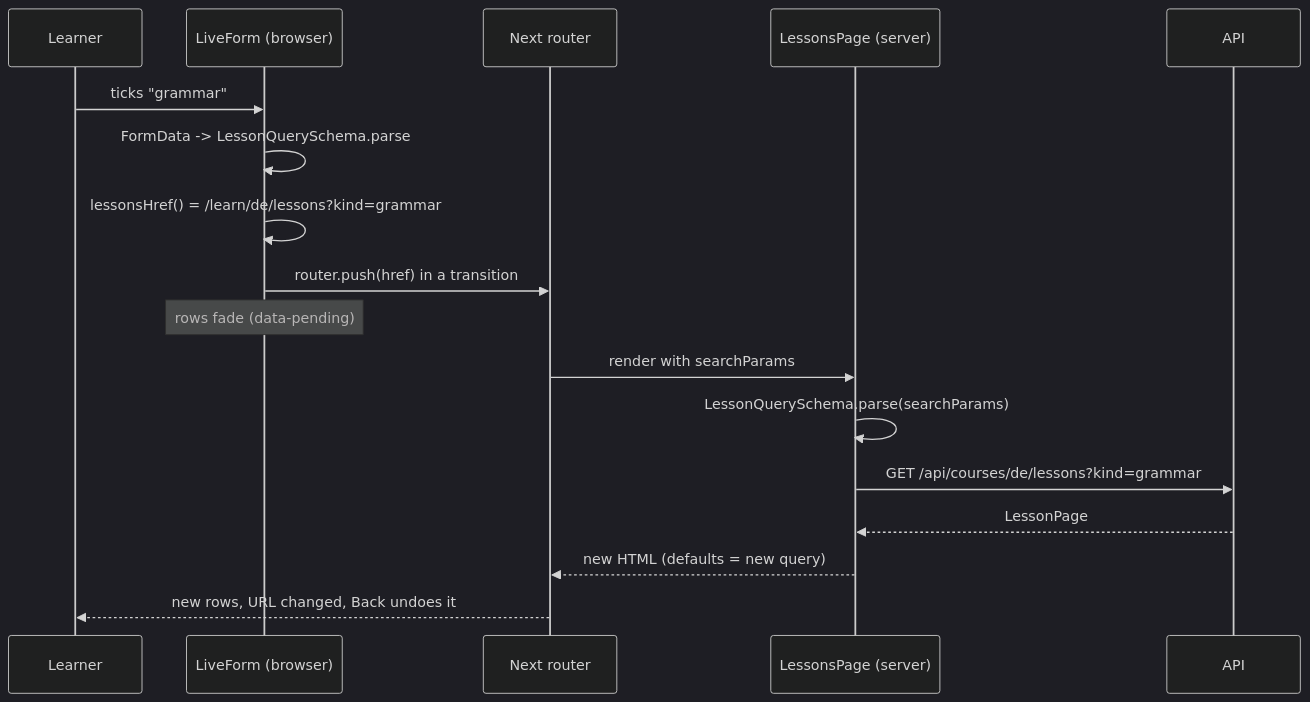
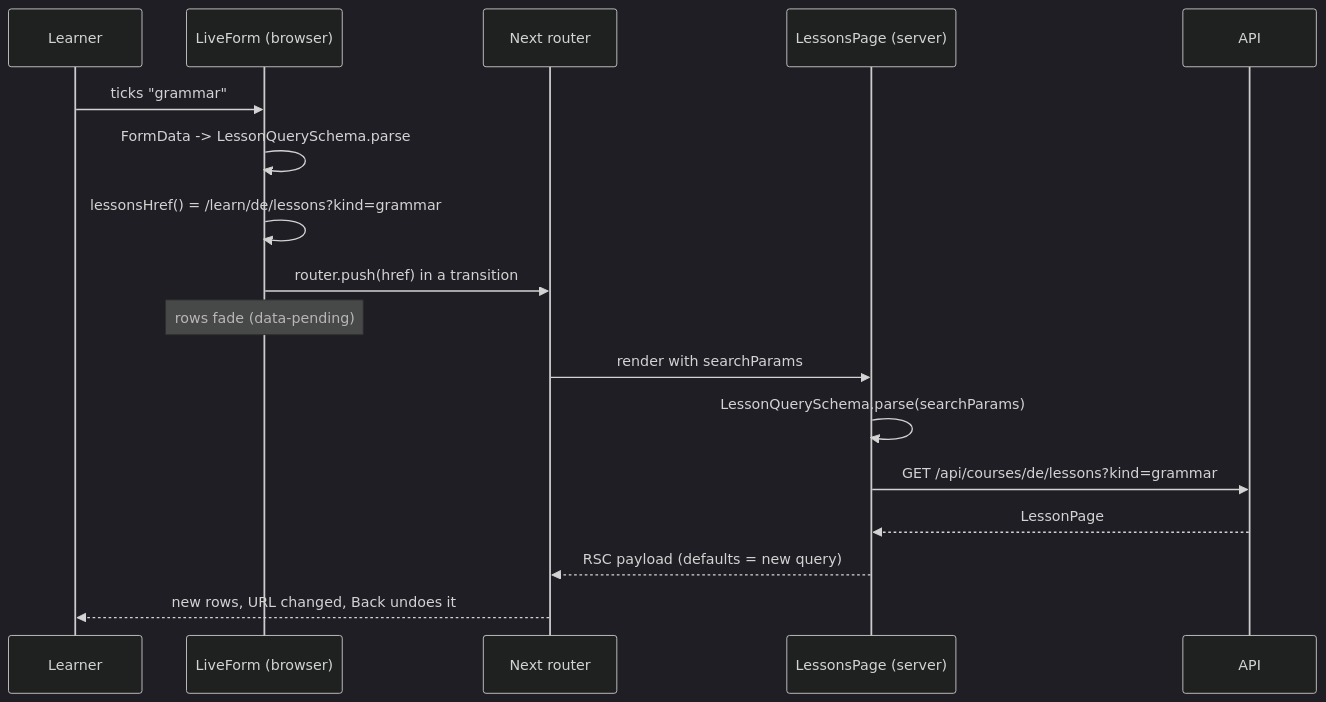
The sixth of 9 diagrams in docs/web/06-learning-pages.md (VictorBro/ft_transcendence), drawn with Mermaid (dark theme) before and after one commit. The commit also changed other lines of this file and 59 other files, not shown here.

````diff
--- a/docs/web/06-learning-pages.md
+++ b/docs/web/06-learning-pages.md
@@ -786,19 +786,19 @@
 ```mermaid
 sequenceDiagram
     participant U as Learner
     participant F as LiveForm (browser)
     participant R as Next router
     participant P as LessonsPage (server)
     participant A as API
     U->>F: ticks "grammar"
     F->>F: FormData -> LessonQuerySchema.parse
     F->>F: lessonsHref() = /learn/de/lessons?kind=grammar
     F->>R: router.push(href) in a transition
     Note over F: rows fade (data-pending)
     R->>P: render with searchParams
     P->>P: LessonQuerySchema.parse(searchParams)
     P->>A: GET /api/courses/de/lessons?kind=grammar
     A-->>P: LessonPage
-    P-->>R: new HTML (defaults = new query)
+    P-->>R: RSC payload (defaults = new query)
     R-->>U: new rows, URL changed, Back undoes it
 ```
````
